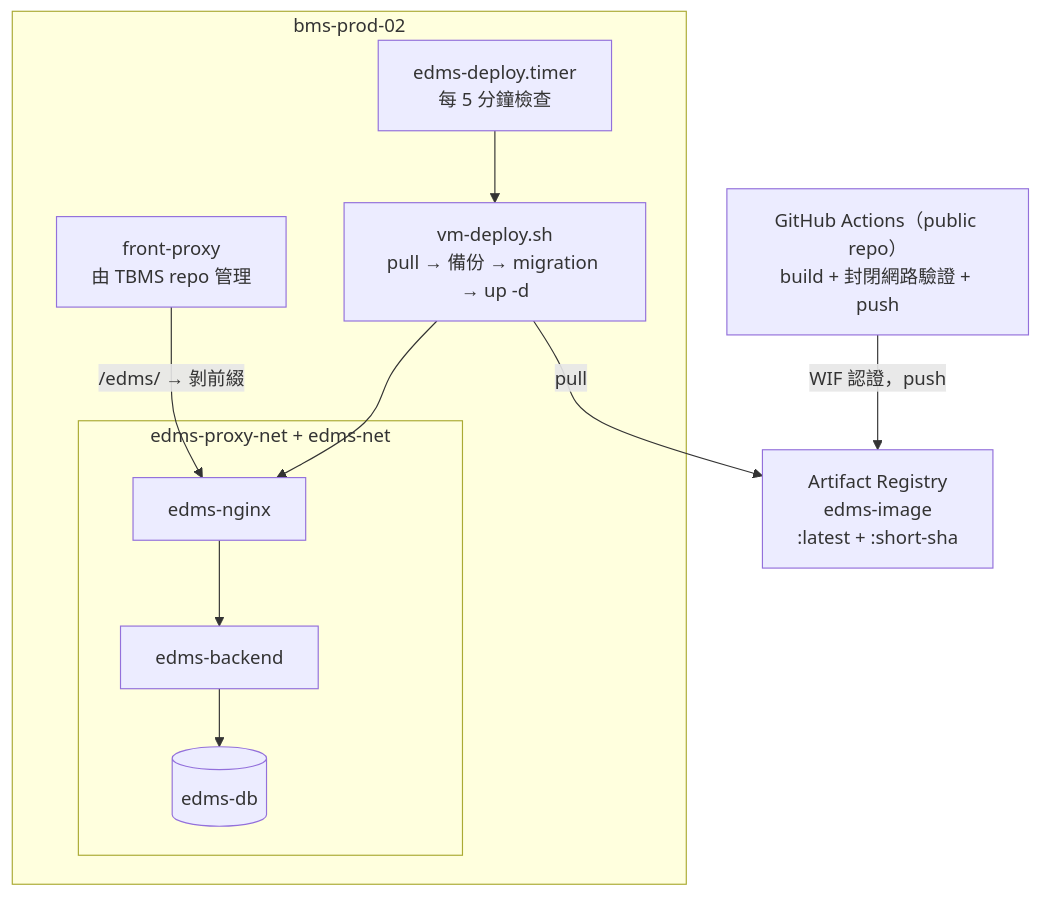
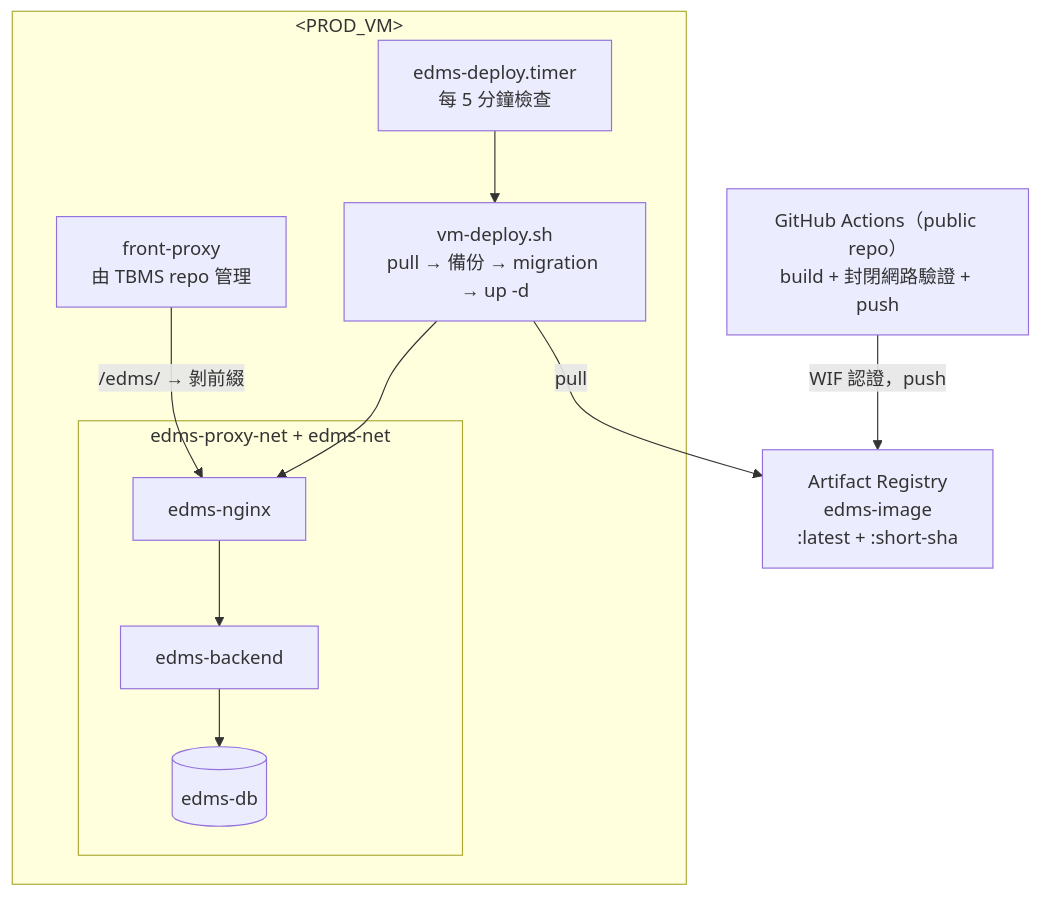
Before and after one commit to sti-fhb/EDMS: the diagram in docs/infra/deployment.md, drawn with Mermaid. The commit also changed other lines of this file and 9 other files, not shown here.

````diff
--- a/docs/infra/deployment.md
+++ b/docs/infra/deployment.md
@@ -31,23 +42,23 @@
 ```mermaid
 flowchart TD
     GH["GitHub Actions（public repo）<br/>build + 封閉網路驗證 + push"]
     AR["Artifact Registry<br/>edms-image<br/>:latest + :short-sha"]
 
-    subgraph VM2["bms-prod-02"]
+    subgraph VM2["#lt;PROD_VM#gt;"]
         T["edms-deploy.timer<br/>每 5 分鐘檢查"]
         D["vm-deploy.sh<br/>pull → 備份 → migration → up -d"]
         subgraph ENET["edms-proxy-net + edms-net"]
             EN["edms-nginx"]
             EB["edms-backend"]
             ED[("edms-db")]
         end
         PX["front-proxy<br/>由 TBMS repo 管理"]
     end
 
     GH -->|"WIF 認證，push"| AR
     T --> D
     D -->|"pull"| AR
     D --> EN
     EN --> EB --> ED
     PX -->|"/edms/ → 剝前綴"| EN
 ```
````
